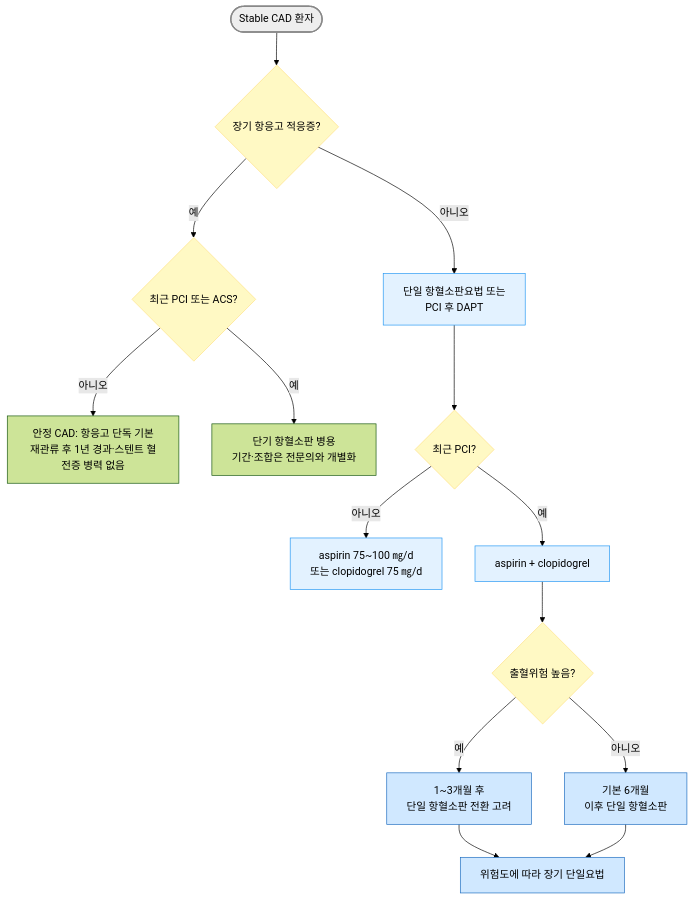
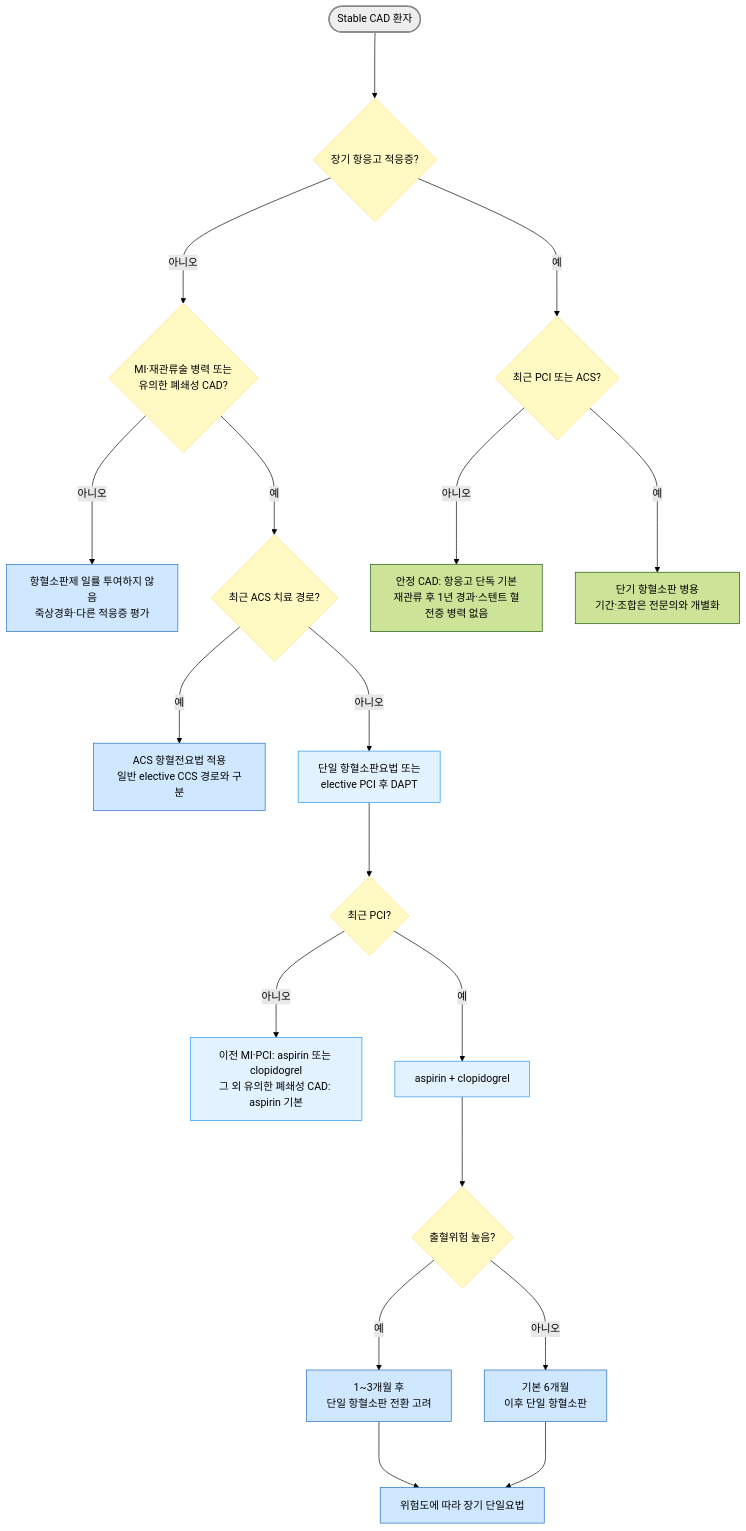
Before and after one commit to familyoh77/familyoh77: the second of 3 diagrams in 225_/097_-angina-pectoris.md, drawn with Mermaid (forest theme). The commit also changed other lines of this file and 3 other files, not shown here.

````diff
--- a/225_/097_-angina-pectoris.md
+++ b/225_/097_-angina-pectoris.md
@@ -492,24 +502,28 @@
 ```mermaid
 graph TD
-    A([Stable CAD 환자]) --> Q{장기 항응고 적응증?}
-    Q -- 아니오 --> B[단일 항혈소판요법 또는<br/>PCI 후 DAPT]
-    Q -- 예 --> R{최근 PCI 또는 ACS?}
-    R -- 아니오 --> S[안정 CAD: 항응고 단독 기본<br/>재관류 후 1년 경과·스텐트 혈전증 병력 없음]
-    R -- 예 --> T[단기 항혈소판 병용<br/>기간·조합은 전문의와 개별화]
-    B --> C{최근 PCI?}
-    C -- 아니오 --> D[aspirin 75~100 ㎎/d<br/>또는 clopidogrel 75 ㎎/d]
-    C -- 예 --> E[aspirin + clopidogrel]
-    E --> F{출혈위험 높음?}
-    F -- 예 --> G[1~3개월 후<br/>단일 항혈소판 전환 고려]
-    F -- 아니오 --> H[기본 6개월<br/>이후 단일 항혈소판]
-    G --> I[위험도에 따라 장기 단일요법]
-    H --> I
+    A([Stable CAD 환자]) ---> Q{장기 항응고 적응증?}
+    Q -- 아니오 ---> U{MI·재관류술 병력 또는<br/>유의한 폐쇄성 CAD?}
+    U -- 아니오 ---> V[항혈소판제 일률 투여하지 않음<br/>죽상경화·다른 적응증 평가]
+    U -- 예 ---> W{최근 ACS 치료 경로?}
+    W -- 예 ---> X[ACS 항혈전요법 적용<br/>일반 elective CCS 경로와 구분]
+    W -- 아니오 ---> B[단일 항혈소판요법 또는<br/>elective PCI 후 DAPT]
+    Q -- 예 ---> R{최근 PCI 또는 ACS?}
+    R -- 아니오 ---> S[안정 CAD: 항응고 단독 기본<br/>재관류 후 1년 경과·스텐트 혈전증 병력 없음]
+    R -- 예 ---> T[단기 항혈소판 병용<br/>기간·조합은 전문의와 개별화]
+    B ---> C{최근 PCI?}
+    C -- 아니오 ---> D[이전 MI·PCI: aspirin 또는 clopidogrel<br/>그 외 유의한 폐쇄성 CAD: aspirin 기본]
+    C -- 예 ---> E[aspirin + clopidogrel]
+    E ---> F{출혈위험 높음?}
+    F -- 예 ---> G[1~3개월 후<br/>단일 항혈소판 전환 고려]
+    F -- 아니오 ---> H[기본 6개월<br/>이후 단일 항혈소판]
+    G ---> I[위험도에 따라 장기 단일요법]
+    H ---> I
 
 style A fill:#eeeeee,stroke:#888888,stroke-width:2px
 classDef yellow fill:#fff9c4,stroke:#ffe082
-class C,F,Q,R yellow
+class C,F,Q,R,U,W yellow
 classDef sky fill:#e3f2ff,stroke:#2196f3
 class B,E,D sky
 classDef blue fill:#d0e8ff,stroke:#1a6abf
-class G,H,I blue
+class G,H,I,V,X blue
 ```
````
